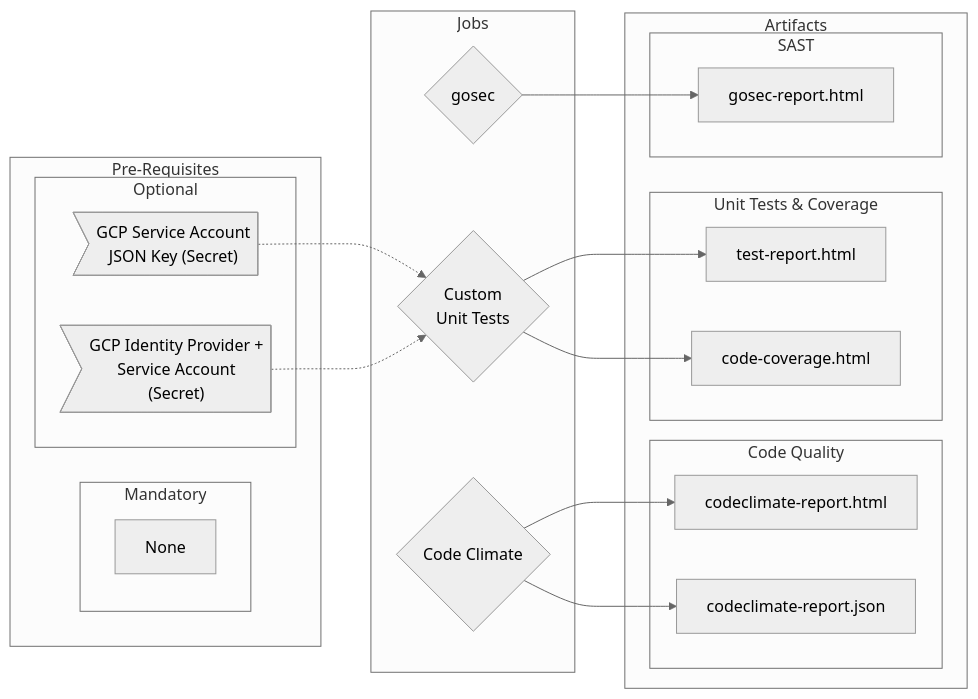
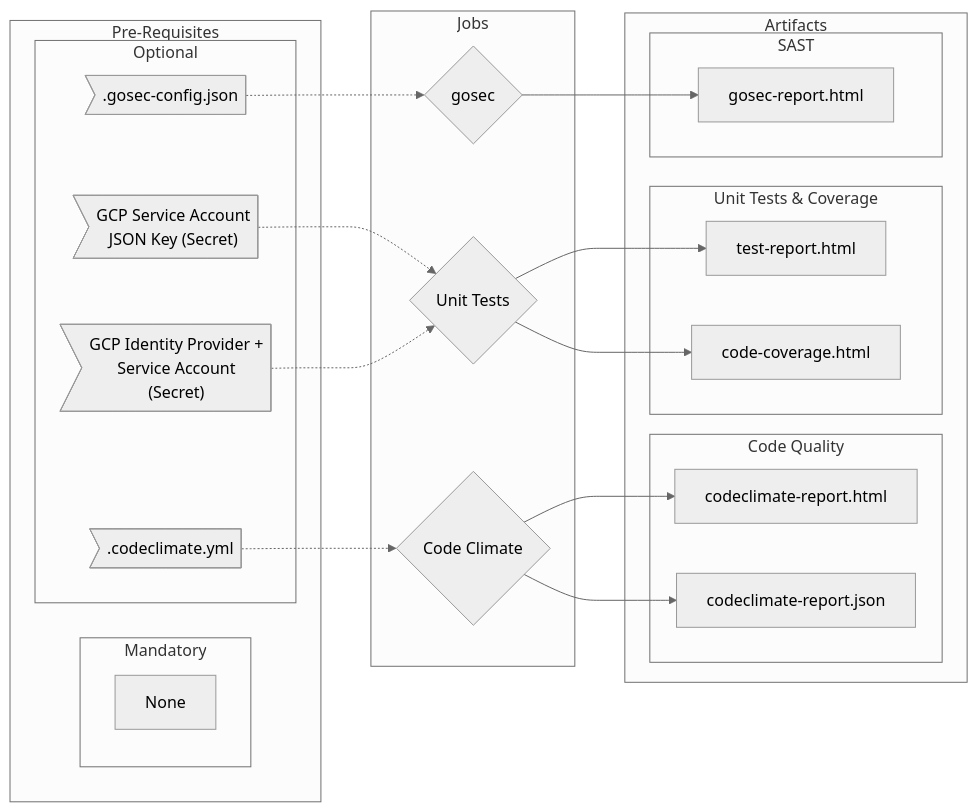
The diagram in docs/go-tests/README.md (erzz/workflows), drawn with Mermaid before and after one commit.

Commit message:
docs(go-tests): add all optional dependencies

````diff
--- a/docs/go-tests/README.md
+++ b/docs/go-tests/README.md
@@ -22,43 +22,47 @@
 ```mermaid
 %%{init: {'theme': 'neutral'}}%%
 
 flowchart LR
   subgraph Pre-Requisites
     subgraph Mandatory
       None
     end
     subgraph Optional
+      cc-yml>".codeclimate.yml"]
       gcp-sa>"GCP Service Account\nJSON Key (Secret)"]
       gcp-oidc>"GCP Identity Provider +\nService Account\n(Secret)"]
+      gosec-conf>".gosec-config.json"]
     end
   end
   subgraph Jobs
     code-quality{"Code Climate"}
     sast{"gosec"}
-    unit-tests{"Custom\nUnit Tests"}
+    unit-tests{"Unit Tests"}
   end
   subgraph Artifacts
     subgraph Code Quality
       cc-html["codeclimate-report.html"]
       cc-json["codeclimate-report.json"]
     end
     subgraph Unit Tests & Coverage
       ut-html["test-report.html"]
       ut-coverage-html["code-coverage.html"]
     end
     subgraph SAST
       gosec-html["gosec-report.html"]
     end
   end
 
   %% dependencies -> Jobs
+  cc-yml-.->code-quality
   gcp-sa-.->unit-tests
   gcp-oidc-.->unit-tests
+  gosec-conf-.->sast
   
   %% Jobs -> Artifacts
   code-quality-->cc-html
   code-quality-->cc-json
   sast-->gosec-html
   unit-tests-->ut-html
   unit-tests-->ut-coverage-html
 ```
````
